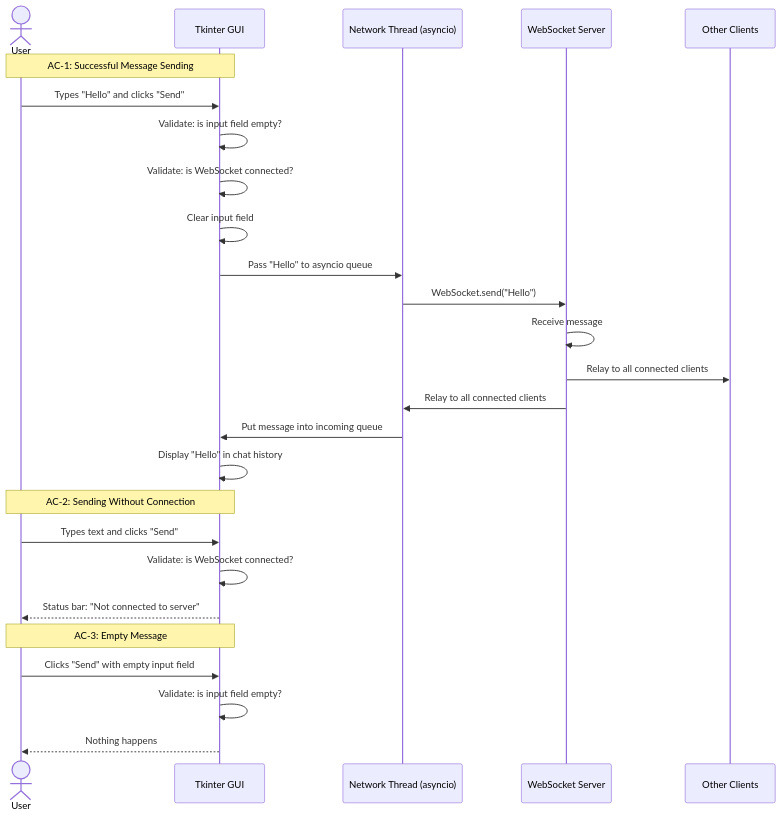
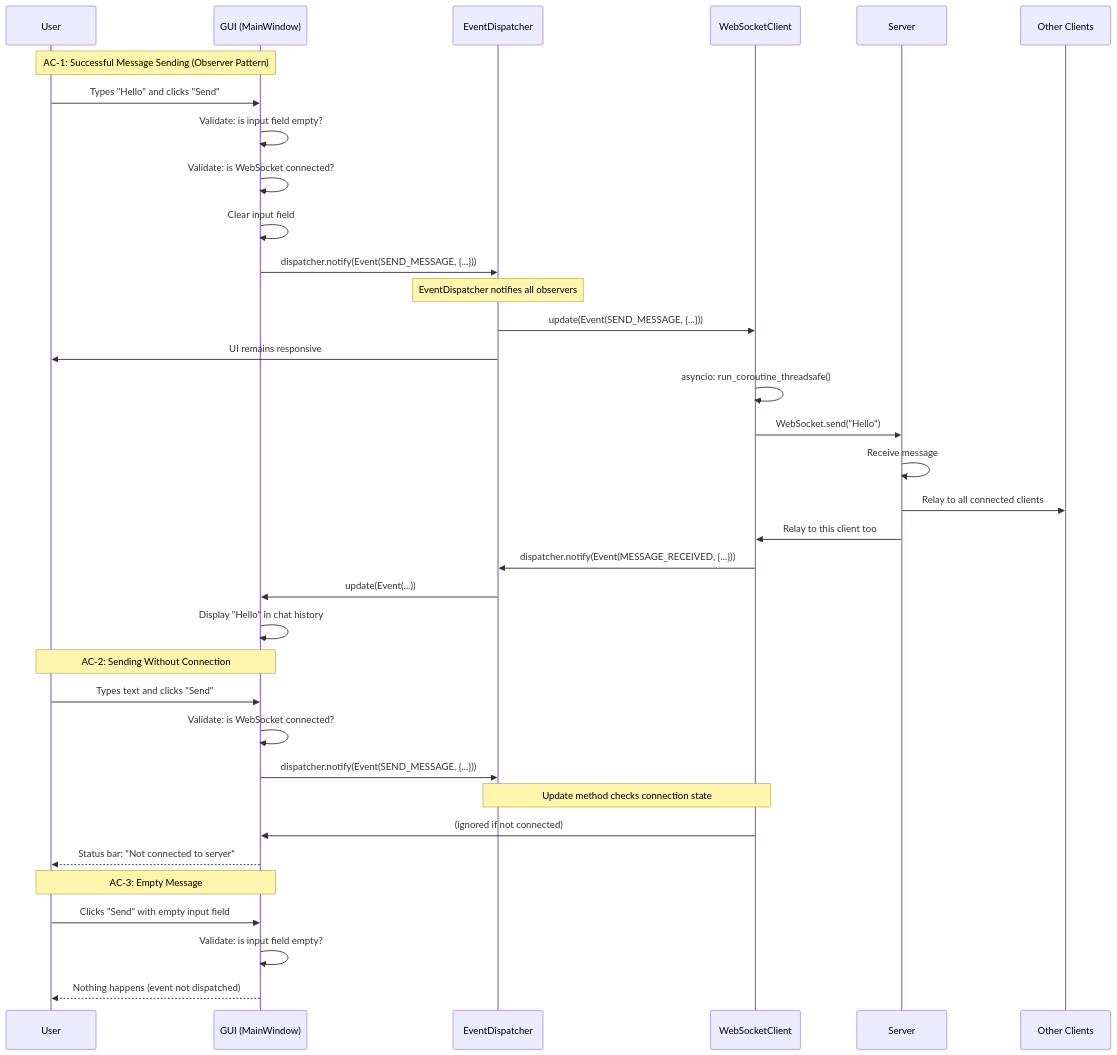
Before and after one commit to 4iger3/P2P-Mesenger: the second of 2 diagrams in docs/architecture/flow_[Mermaid].md, drawn with Mermaid. The commit also changed other lines of this file and 25 other files, not shown here.

Commit message:
after  Observer pattern

````diff
--- a/docs/architecture/flow_[Mermaid].md
+++ b/docs/architecture/flow_[Mermaid].md
@@ -5,31 +29,44 @@
 ```mermaid
 sequenceDiagram
-    actor User
-    participant GUI as Tkinter GUI
-    participant NetThread as Network Thread (asyncio)
-    participant Server as WebSocket Server
-    participant Other as Other Clients
+    participant User as User
+    participant GUI as GUI (MainWindow)
+    participant Disp as EventDispatcher
+    participant Net as WebSocketClient
+    participant Server as Server
+    participant Others as Other Clients
 
-    Note over User,GUI: AC-1: Successful Message Sending
+    Note over User,GUI: AC-1: Successful Message Sending (Observer Pattern)
     User->>GUI: Types "Hello" and clicks "Send"
     GUI->>GUI: Validate: is input field empty?
     GUI->>GUI: Validate: is WebSocket connected?
     GUI->>GUI: Clear input field
-    GUI->>NetThread: Pass "Hello" to asyncio queue
-    NetThread->>Server: WebSocket.send("Hello")
+    
+    GUI->>Disp: dispatcher.notify(Event(SEND_MESSAGE, {...}))
+    
+    Note over Disp: EventDispatcher notifies all observers
+    Disp->>Net: update(Event(SEND_MESSAGE, {...}))
+    Disp->>User: UI remains responsive
+    
+    Net->>Net: asyncio: run_coroutine_threadsafe()
+    Net->>Server: WebSocket.send("Hello")
     Server->>Server: Receive message
-    Server->>Other: Relay to all connected clients
-    Server->>NetThread: Relay to all connected clients
-    NetThread->>GUI: Put message into incoming queue
+    Server->>Others: Relay to all connected clients
+    Server->>Net: Relay to this client too
+    
+    Net->>Disp: dispatcher.notify(Event(MESSAGE_RECEIVED, {...}))
+    Disp->>GUI: update(Event(...))
     GUI->>GUI: Display "Hello" in chat history
 
     Note over User,GUI: AC-2: Sending Without Connection
     User->>GUI: Types text and clicks "Send"
     GUI->>GUI: Validate: is WebSocket connected?
+    GUI->>Disp: dispatcher.notify(Event(SEND_MESSAGE, {...}))
+    Note over Net,Disp: Update method checks connection state
+    Net->>GUI: (ignored if not connected)
     GUI-->>User: Status bar: "Not connected to server"
 
     Note over User,GUI: AC-3: Empty Message
     User->>GUI: Clicks "Send" with empty input field
     GUI->>GUI: Validate: is input field empty?
-    GUI-->>User: Nothing happens
+    GUI-->>User: Nothing happens (event not dispatched)
 ```
````
